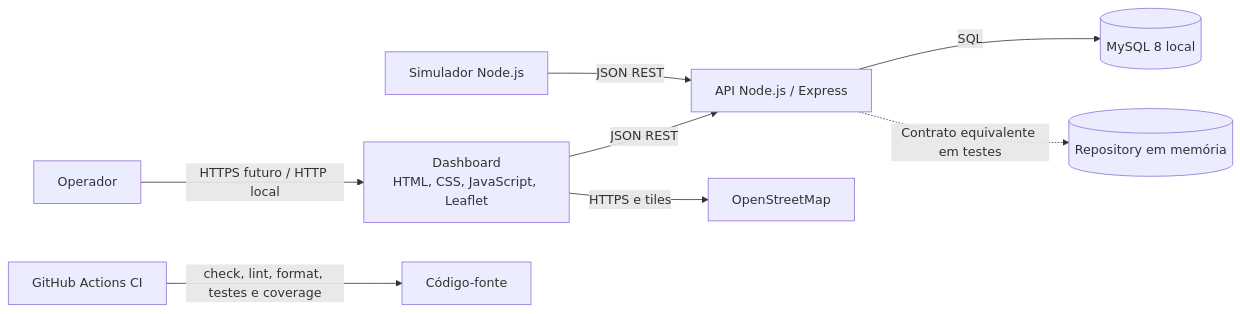
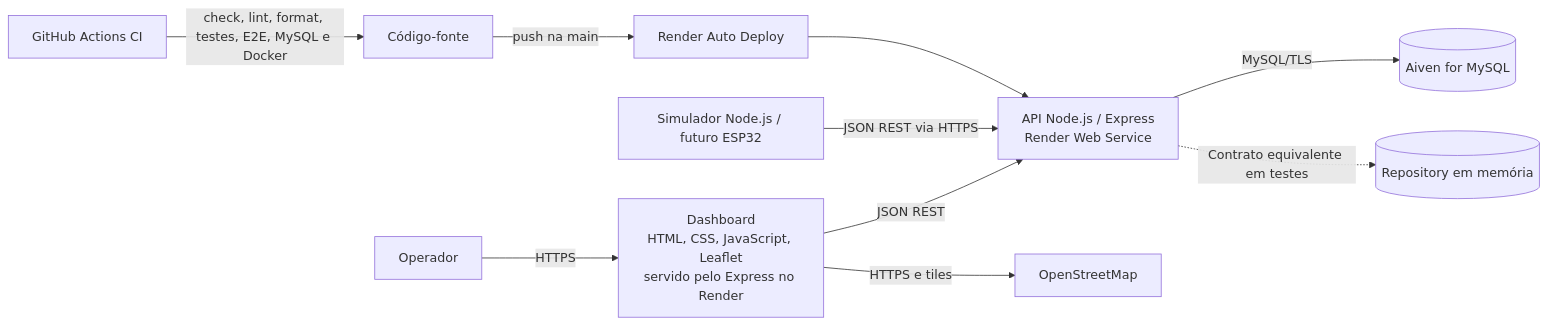
One commit to sandrozdb/lifebox-smart-organ-transport changed the second of 4 diagrams in docs/architecture.md. Above: the diagram before and after it, drawn with Mermaid. The commit also changed other lines of this file and 13 other files, not shown here.

````diff
--- a/docs/architecture.md
+++ b/docs/architecture.md
@@ -20,10 +24,12 @@
 ```mermaid
 flowchart LR
-  OP[Operador] -->|HTTPS futuro / HTTP local| WEB[Dashboard\nHTML, CSS, JavaScript, Leaflet]
-  WEB -->|JSON REST| API[API Node.js / Express]
-  SIM[Simulador Node.js] -->|JSON REST| API
-  API -->|SQL| MYSQL[(MySQL 8 local)]
+  OP[Operador] -->|HTTPS| WEB[Dashboard\nHTML, CSS, JavaScript, Leaflet\nservido pelo Express no Render]
+  WEB -->|JSON REST| API[API Node.js / Express\nRender Web Service]
+  SIM[Simulador Node.js / futuro ESP32] -->|JSON REST via HTTPS| API
+  API -->|MySQL/TLS| MYSQL[(Aiven for MySQL)]
   API -.->|Contrato equivalente em testes| MEM[(Repository em memória)]
   WEB -->|HTTPS e tiles| OSM[OpenStreetMap]
-  CI[GitHub Actions CI] -->|check, lint, format, testes e coverage| CODE[Código-fonte]
+  CI[GitHub Actions CI] -->|check, lint, format, testes, E2E, MySQL e Docker| CODE[Código-fonte]
+  CODE -->|push na main| CD[Render Auto Deploy]
+  CD --> API
 ```
````
